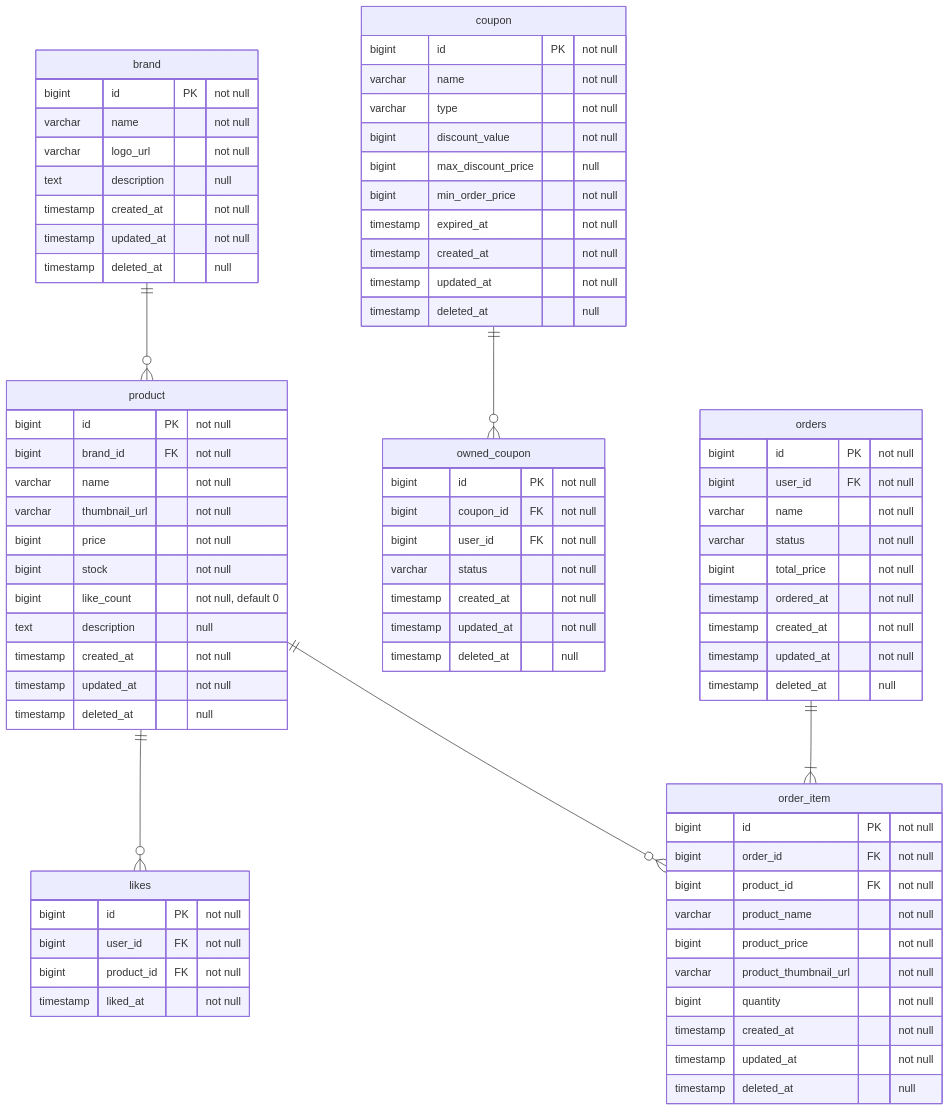
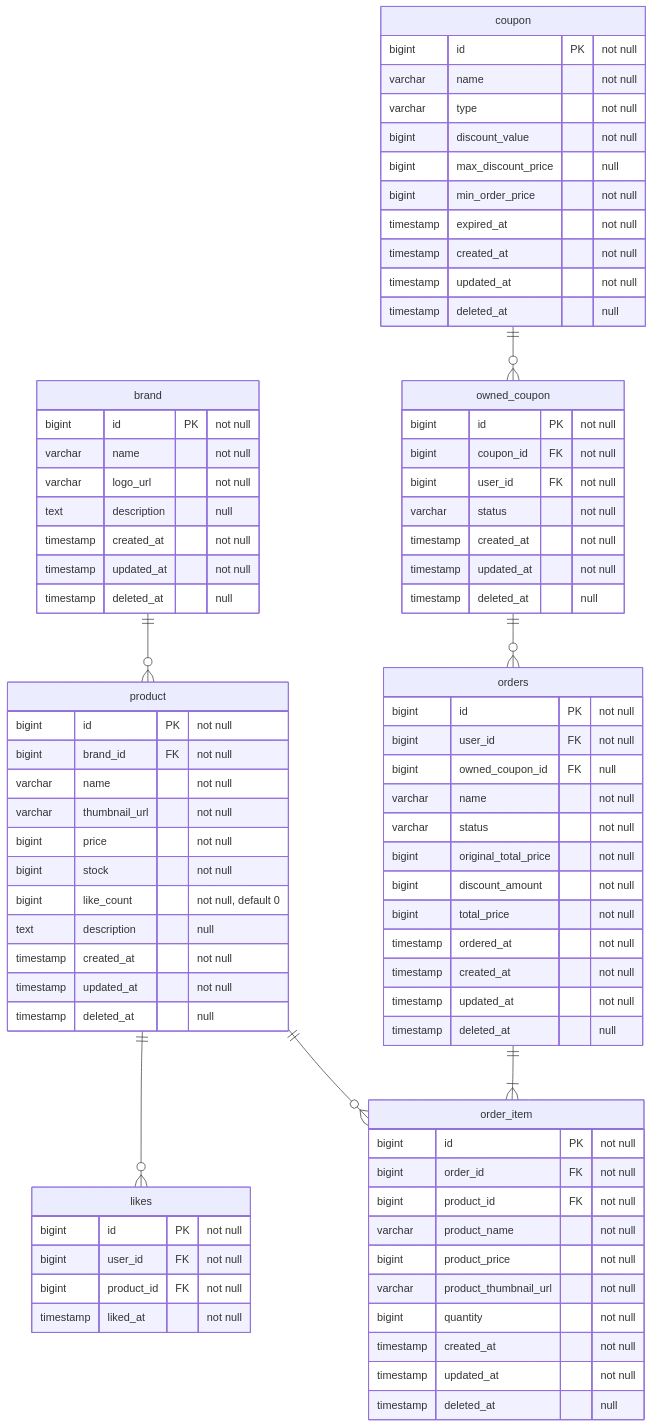
The diagram in .docs/design/04-erd.md (Loopers-dev-lab/loop-pack-be-l2-vol3-java), drawn with Mermaid before and after one commit. The commit also changed other lines of this file and 5 other files, not shown here.

````diff
--- a/.docs/design/04-erd.md
+++ b/.docs/design/04-erd.md
@@ -76,8 +76,11 @@
     orders {
         bigint id PK "not null"
         bigint user_id FK "not null"
+        bigint owned_coupon_id FK "null"
         varchar name "not null"
         varchar status "not null"
+        bigint original_total_price "not null"
+        bigint discount_amount "not null"
         bigint total_price "not null"
         timestamp ordered_at "not null"
         timestamp created_at "not null"
@@ -102,5 +105,6 @@
     product ||--o{ likes: ""
     product ||--o{ order_item: ""
     orders ||--|{ order_item: ""
+    owned_coupon ||--o{ orders: ""
     coupon ||--o{ owned_coupon: ""
 ```
````
